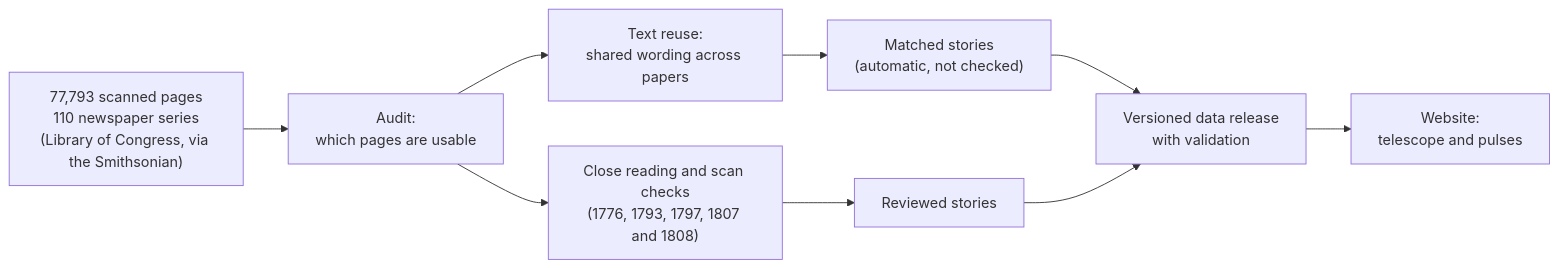
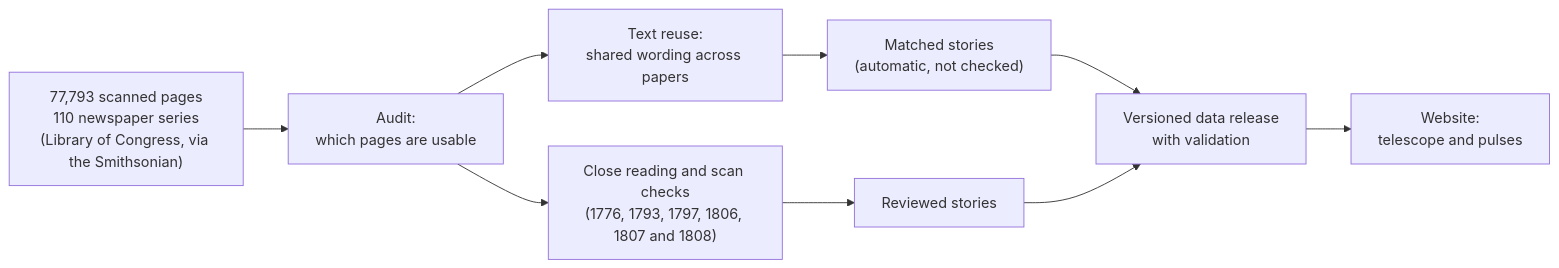
One commit to Major-Studio-1/Project-02-newspaper-night-sky changed the diagram in README.md. Above: the diagram before and after it, drawn with Mermaid. The commit also changed other lines of this file and 690 other files, not shown here.

````diff
--- a/README.md
+++ b/README.md
@@ -39,10 +39,10 @@
 ```mermaid
 flowchart LR
   A["77,793 scanned pages<br/>110 newspaper series<br/>(Library of Congress, via the Smithsonian)"] --> B["Audit:<br/>which pages are usable"]
   B --> C["Text reuse:<br/>shared wording across papers"]
   C --> D["Matched stories<br/>(automatic, not checked)"]
-  B --> E["Close reading and scan checks<br/>(1776, 1793, 1797, 1807 and 1808)"]
+  B --> E["Close reading and scan checks<br/>(1776, 1793, 1797, 1806, 1807 and 1808)"]
   E --> F["Reviewed stories"]
   D & F --> G["Versioned data release<br/>with validation"]
   G --> H["Website:<br/>telescope and pulses"]
 ```
````
